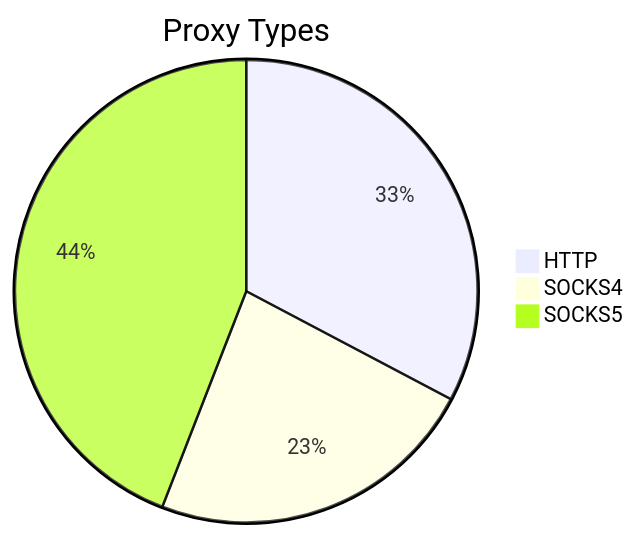
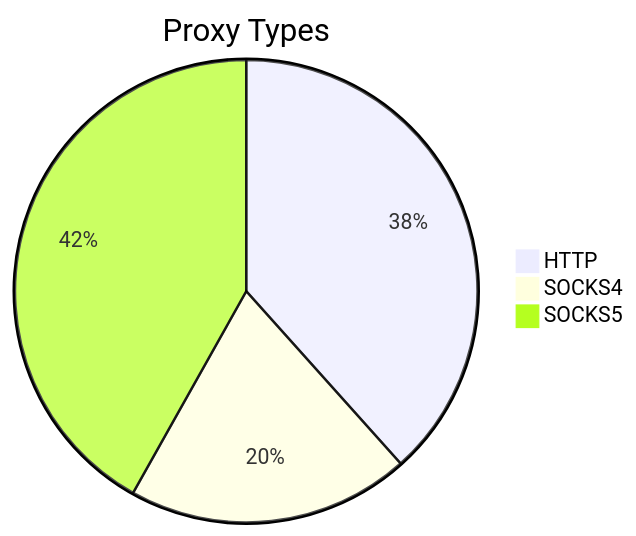
Before and after one commit to stormsia/proxy-list: the first of 2 diagrams in README.md, drawn with Mermaid. The commit also changed other lines of this file, not shown here.

````diff
--- a/README.md
+++ b/README.md
@@ -21,6 +21,6 @@
 ```mermaid
 pie title Proxy Types
-    "HTTP" : 72
-    "SOCKS4" : 51
-    "SOCKS5" : 97
+    "HTTP" : 66
+    "SOCKS4" : 34
+    "SOCKS5" : 72
 ```
````
